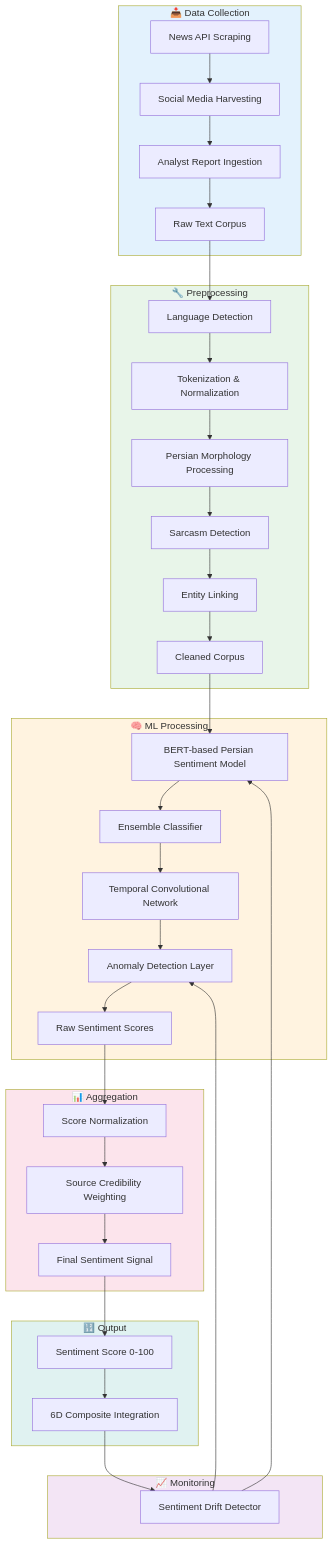
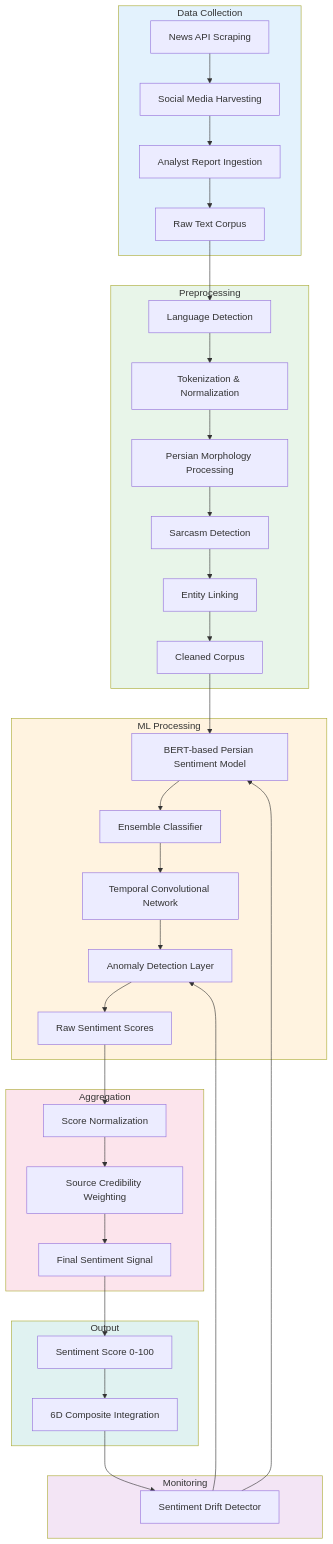
Before and after one commit to Shakour-Data/BedaanWaves: the first of 3 diagrams in docs/analysis/sentiment_analysis.md, drawn with Mermaid. The commit also changed 70 other files, not shown here.

````diff
--- a/docs/analysis/sentiment_analysis.md
+++ b/docs/analysis/sentiment_analysis.md
@@ -115,49 +115,49 @@
 ```mermaid
 flowchart TD
-    subgraph Data_Collection["📥 Data Collection"]
+    subgraph Data_Collection[" Data Collection"]
         A1[News API Scraping] --> A2[Social Media Harvesting]
         A2 --> A3[Analyst Report Ingestion]
         A3 --> A4[Raw Text Corpus]
     end
 
-    subgraph Preprocessing["🔧 Preprocessing"]
+    subgraph Preprocessing[" Preprocessing"]
         A4 --> B1[Language Detection]
         B1 --> B2[Tokenization & Normalization]
         B2 --> B3[Persian Morphology Processing]
         B3 --> B4[Sarcasm Detection]
         B4 --> B5[Entity Linking]
         B5 --> B6[Cleaned Corpus]
     end
 
-    subgraph ML_Processing["🧠 ML Processing"]
+    subgraph ML_Processing[" ML Processing"]
         B6 --> C1[BERT-based Persian Sentiment Model]
         C1 --> C2[Ensemble Classifier]
         C2 --> C3[Temporal Convolutional Network]
         C3 --> C4[Anomaly Detection Layer]
         C4 --> C5[Raw Sentiment Scores]
     end
 
-    subgraph Aggregation["📊 Aggregation"]
+    subgraph Aggregation[" Aggregation"]
         C5 --> D1[Score Normalization]
         D1 --> D2[Source Credibility Weighting]
         D2 --> D3[Final Sentiment Signal]
     end
 
-    subgraph Output["🔢 Output"]
+    subgraph Output[" Output"]
         D3 --> E1[Sentiment Score 0-100]
         E1 --> E2[6D Composite Integration]
     end
 
-    subgraph Monitoring["📈 Monitoring"]
+    subgraph Monitoring[" Monitoring"]
         E2 --> F1[Sentiment Drift Detector]
         F1 --> C1
         F1 --> C4
     end
 
     style Data_Collection fill:#e3f2fd
     style Preprocessing fill:#e8f5e9
     style ML_Processing fill:#fff3e0
     style Aggregation fill:#fce4ec
     style Output fill:#e0f2f1
     style Monitoring fill:#f3e5f5
 ```
````
